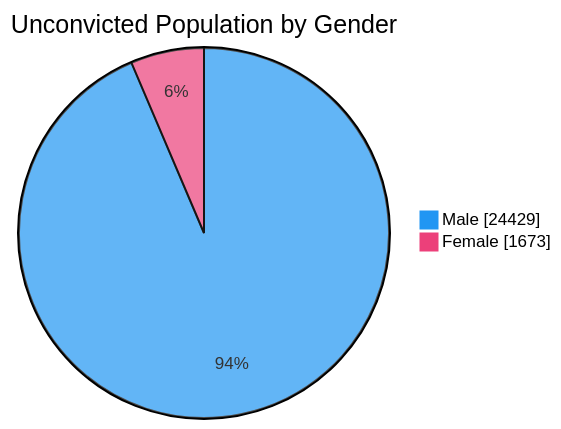
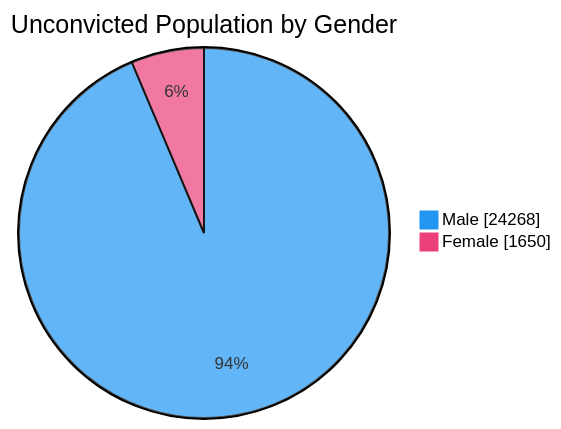
One commit to nuuuwan/lk_prisons changed the fourth of 7 diagrams in README.md. Above: the diagram before and after it, drawn with Mermaid. The commit also changed other lines of this file and 1 other file, not shown here.

````diff
--- a/README.md
+++ b/README.md
@@ -76,6 +76,6 @@
 ```mermaid
 %%{init: {'themeVariables': {'pie1': '#2196F3', 'pie2': '#EC407A'}}}%%
 pie showData title Unconvicted Population by Gender
-    "Male" : 24429
-    "Female" : 1673
+    "Male" : 24268
+    "Female" : 1650
 ```
````
